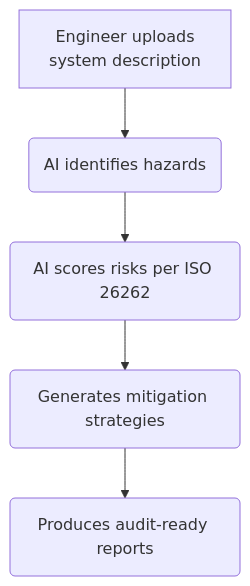
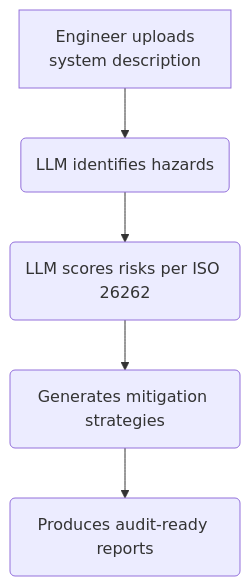
The diagram in docs/README.AI_Assisted_HARA.md (ManiRajan1/Project_repositories), drawn with Mermaid before and after one commit. The commit also changed other lines of this file, not shown here.

Commit message:
Update in README.md

````diff
--- a/docs/README.AI_Assisted_HARA.md
+++ b/docs/README.AI_Assisted_HARA.md
@@ -10,7 +10,7 @@
 ```mermaid
 graph TD
-    A[Engineer uploads<br>system description] --> B(AI identifies hazards)
-    B --> C(AI scores risks per ISO 26262)
+    A[Engineer uploads<br>system description] --> B(LLM identifies hazards)
+    B --> C(LLM scores risks per ISO 26262)
     C --> D(Generates mitigation strategies)
     D --> E(Produces audit-ready reports)
 ```
````
